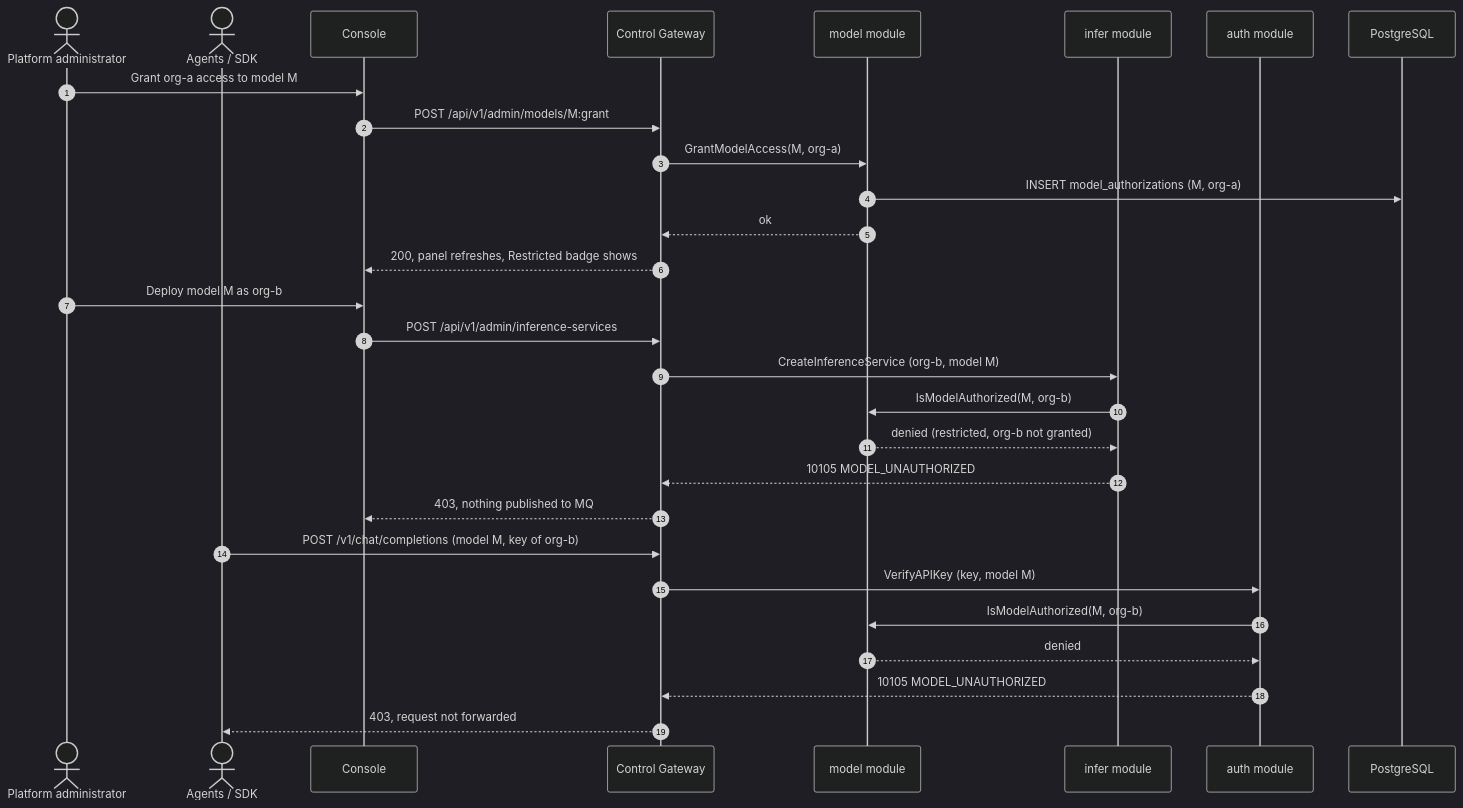
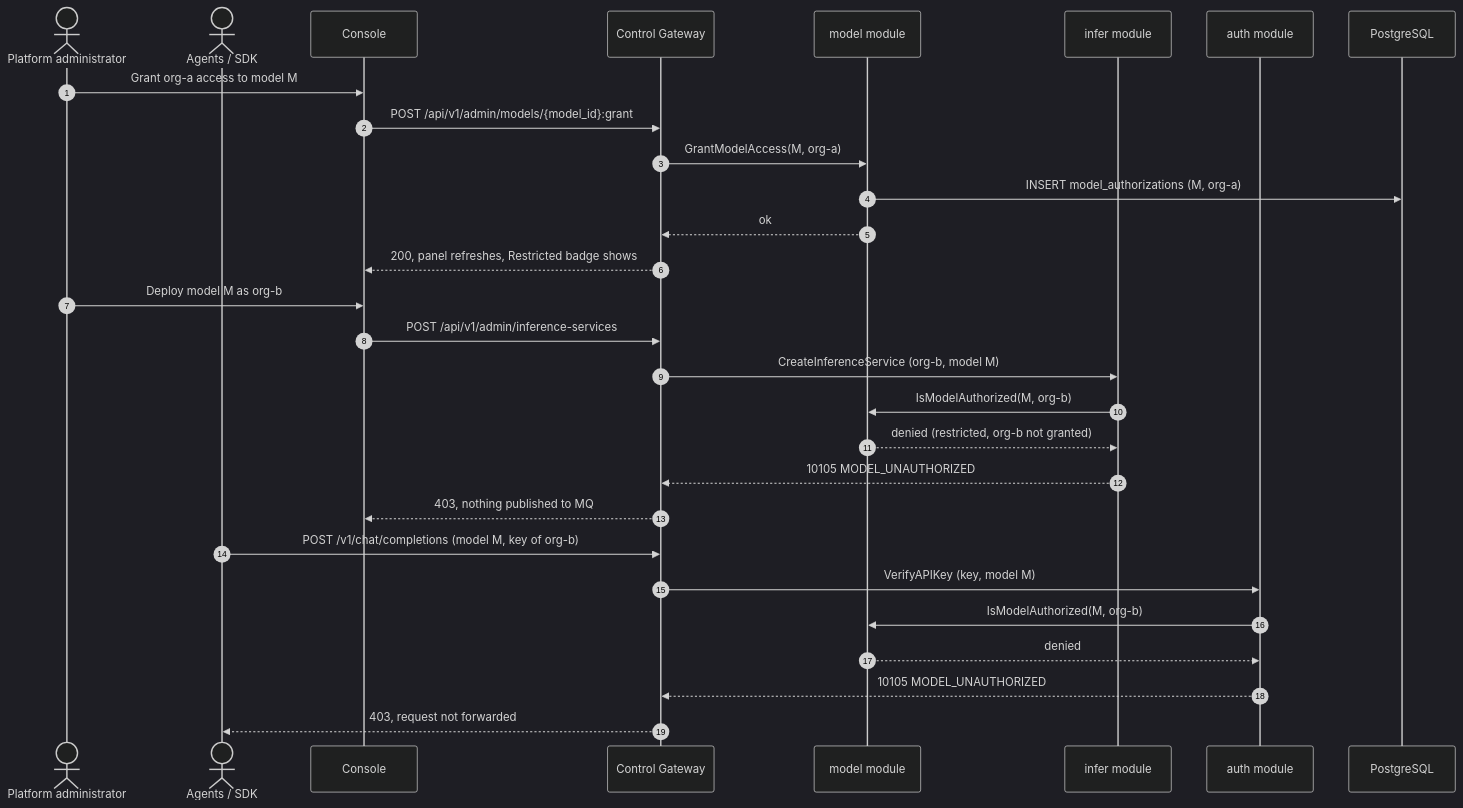
One commit to go-taas/go-taas changed the fourth of 4 diagrams in site/docs/design/model-authorization.md. Above: the diagram before and after it, drawn with Mermaid (dark theme). The commit also changed 209 other files, not shown here.

````diff
--- a/site/docs/design/model-authorization.md
+++ b/site/docs/design/model-authorization.md
@@ -190,34 +190,34 @@
 ```mermaid
 sequenceDiagram
     autonumber
     actor Admin as Platform administrator
     actor Agent as Agents / SDK
     participant Console as Console
     participant CGW as Control Gateway
     participant Model as model module
     participant Infer as infer module
     participant Auth as auth module
     participant DB as PostgreSQL
 
     Admin->>Console: Grant org-a access to model M
-    Console->>CGW: POST /api/v1/admin/models/M:grant
+    Console->>CGW: POST /api/v1/admin/models/{model_id}:grant
     CGW->>Model: GrantModelAccess(M, org-a)
     Model->>DB: INSERT model_authorizations (M, org-a)
     Model-->>CGW: ok
     CGW-->>Console: 200, panel refreshes, Restricted badge shows
 
     Admin->>Console: Deploy model M as org-b
     Console->>CGW: POST /api/v1/admin/inference-services
     CGW->>Infer: CreateInferenceService (org-b, model M)
     Infer->>Model: IsModelAuthorized(M, org-b)
     Model-->>Infer: denied (restricted, org-b not granted)
     Infer-->>CGW: 10105 MODEL_UNAUTHORIZED
     CGW-->>Console: 403, nothing published to MQ
 
     Agent->>CGW: POST /v1/chat/completions (model M, key of org-b)
     CGW->>Auth: VerifyAPIKey (key, model M)
     Auth->>Model: IsModelAuthorized(M, org-b)
     Model-->>Auth: denied
     Auth-->>CGW: 10105 MODEL_UNAUTHORIZED
     CGW-->>Agent: 403, request not forwarded
 ```
````
